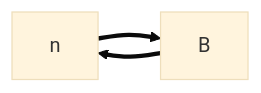
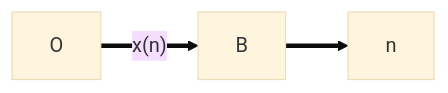
Before and after one commit to valiha-com/dasp_tutorial: the first of 2 diagrams in README.md, drawn with Mermaid (base theme).

````diff
--- a/README.md
+++ b/README.md
@@ -62,4 +62,4 @@
 ```mermaid
 flowchart LR
-   x(n) ==> B ==> x[n]
+   O == x(n) ==> B ==> x[n]
 ```
````
